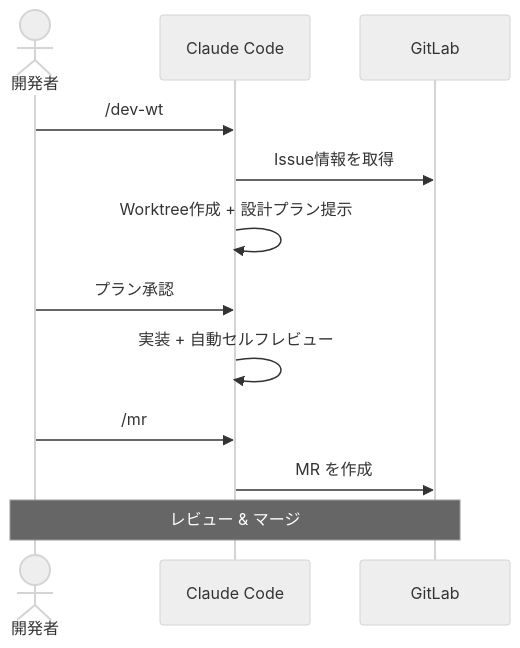
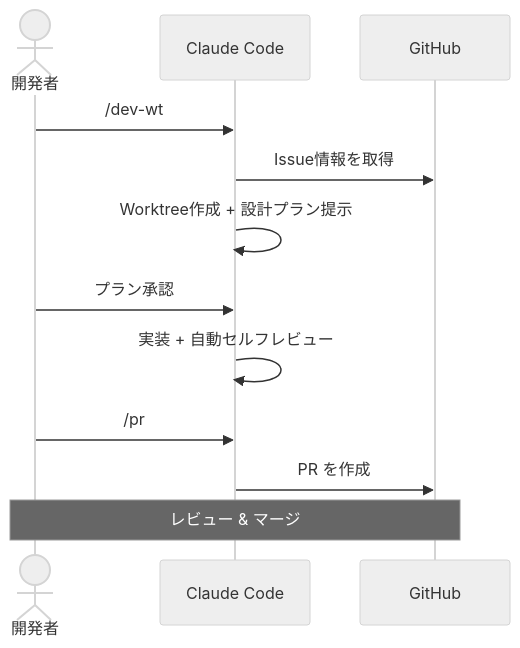
One commit to yuya-take/yuya-claude-code changed the fifth of 8 diagrams in slides/slides.md. Above: the diagram before and after it, drawn with Mermaid (neutral theme). The commit also changed other lines of this file and 13 other files, not shown here.

First line of the commit message:
refactor: GitLab 前提を廃止し GitHub / gh CLI ベースに統一

````diff
--- a/slides/slides.md
+++ b/slides/slides.md
@@ -504,15 +504,15 @@
 ```mermaid {scale: 0.8}
 sequenceDiagram
     actor Dev as 開発者
     participant CC as Claude Code
-    participant GL as GitLab
+    participant GH as GitHub
 
     Dev->>CC: /dev-wt #123
-    CC->>GL: Issue情報を取得
+    CC->>GH: Issue情報を取得
     CC->>CC: Worktree作成 + 設計プラン提示
     Dev->>CC: プラン承認
     CC->>CC: 実装 + 自動セルフレビュー
-    Dev->>CC: /mr
-    CC->>GL: MR を作成
-    Note over Dev,GL: レビュー & マージ
+    Dev->>CC: /pr
+    CC->>GH: PR を作成
+    Note over Dev,GH: レビュー & マージ
 ```
````
